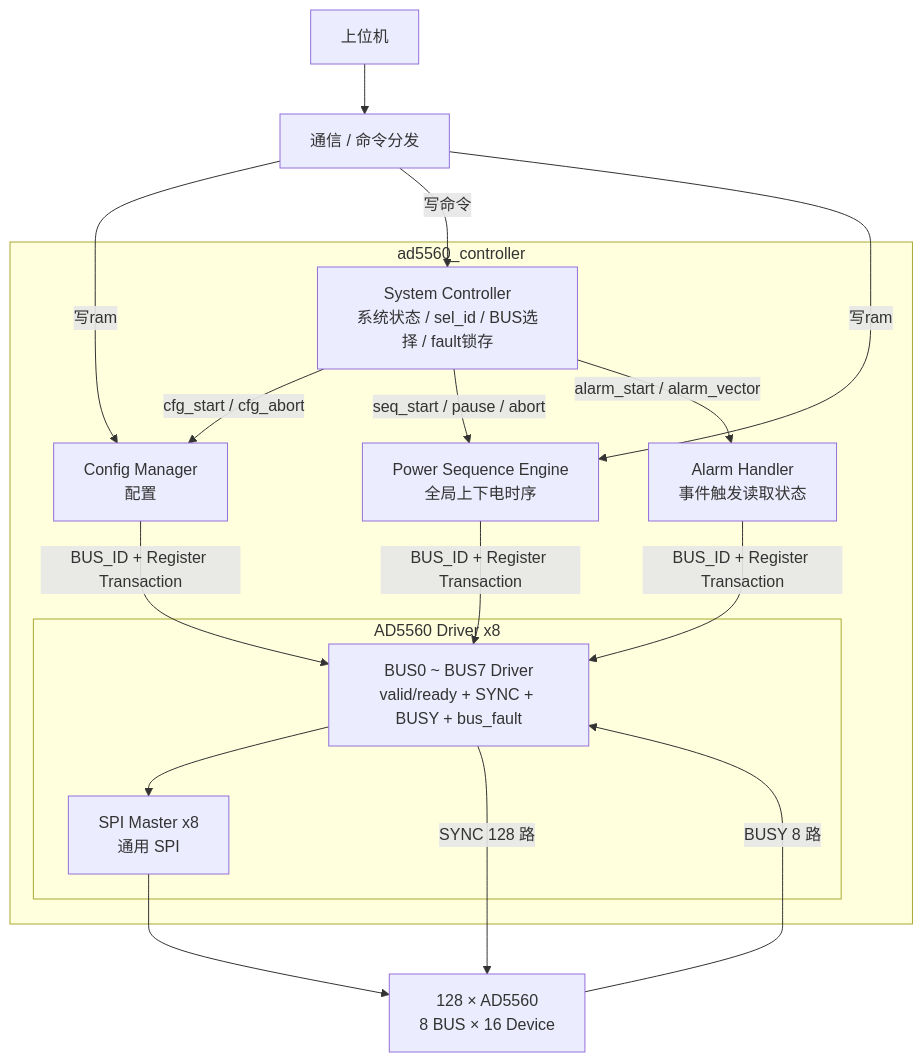
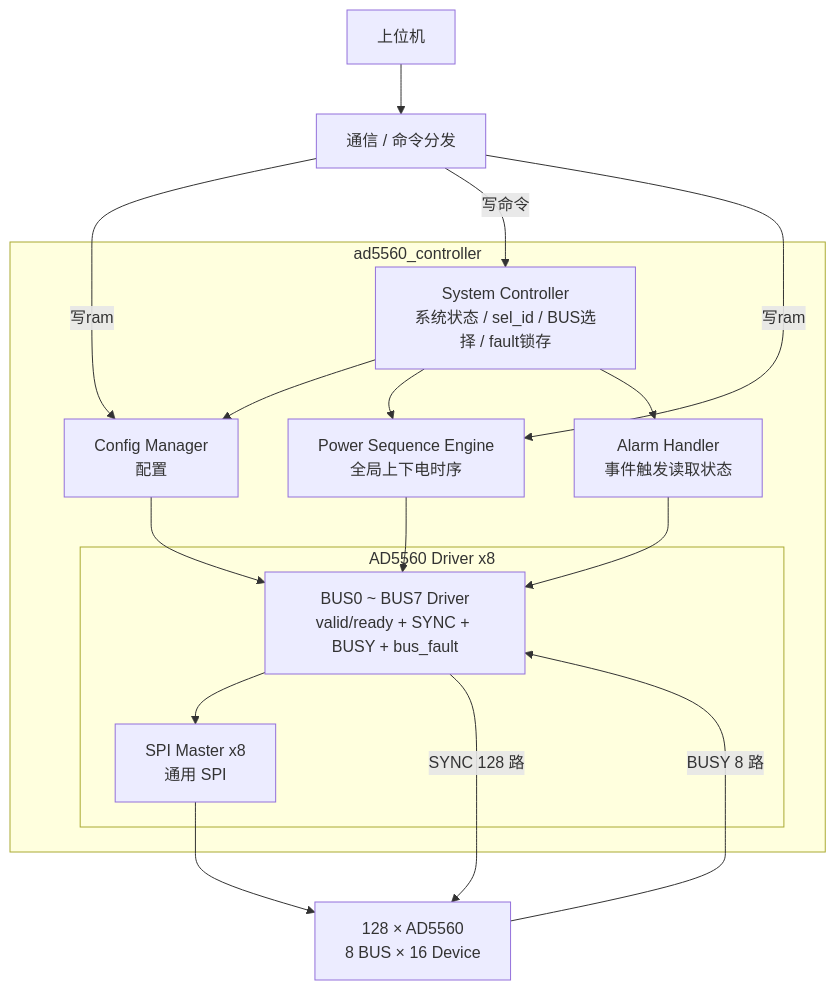
The diagram in AD5560/SYSTEM_ARCHITECTURE.md (hhanghhhhh/hbm_proj), drawn with Mermaid before and after one commit.

````diff
--- a/AD5560/SYSTEM_ARCHITECTURE.md
+++ b/AD5560/SYSTEM_ARCHITECTURE.md
@@ -204,38 +204,38 @@
 ```mermaid
 flowchart TB
     PC[上位机]
     COMM[通信 / 命令分发]
 
     subgraph CTRL[ad5560_controller]
         SYS[System Controller\n系统状态 / sel_id / BUS选择 / fault锁存]
         CM[Config Manager\n配置]
         PSE[Power Sequence Engine\n全局上下电时序]
         AH[Alarm Handler\n事件触发读取状态]
 
         subgraph DRIVERS[AD5560 Driver x8]
             DRV[BUS0 ~ BUS7 Driver\nvalid/ready + SYNC + BUSY + bus_fault]
             SPI[SPI Master x8\n通用 SPI]
             DRV --> SPI
         end
 
-        SYS -->|cfg_start / cfg_abort| CM
-        SYS -->|seq_start / pause / abort| PSE
-        SYS -->|alarm_start / alarm_vector| AH
+        SYS --> CM
+        SYS --> PSE
+        SYS --> AH
 
-        CM -->|BUS_ID + Register Transaction| DRV
-        PSE -->|BUS_ID + Register Transaction| DRV
-        AH -->|BUS_ID + Register Transaction| DRV
+        CM --> DRV
+        PSE --> DRV
+        AH --> DRV
 
     end
 
     DEV[128 × AD5560\n8 BUS × 16 Device]
 
     PC --> COMM
     COMM -->|写ram| CM
     COMM -->|写命令| SYS
     COMM -->|写ram| PSE
 
     SPI --> DEV
     DRV -->|SYNC 128 路| DEV
     DEV -->|BUSY 8 路| DRV
 ```
````
